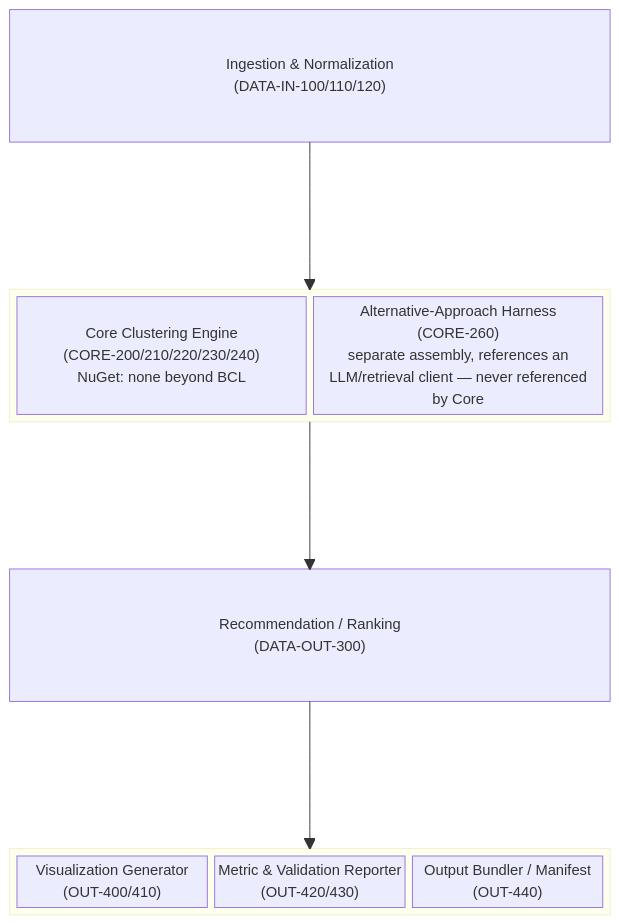
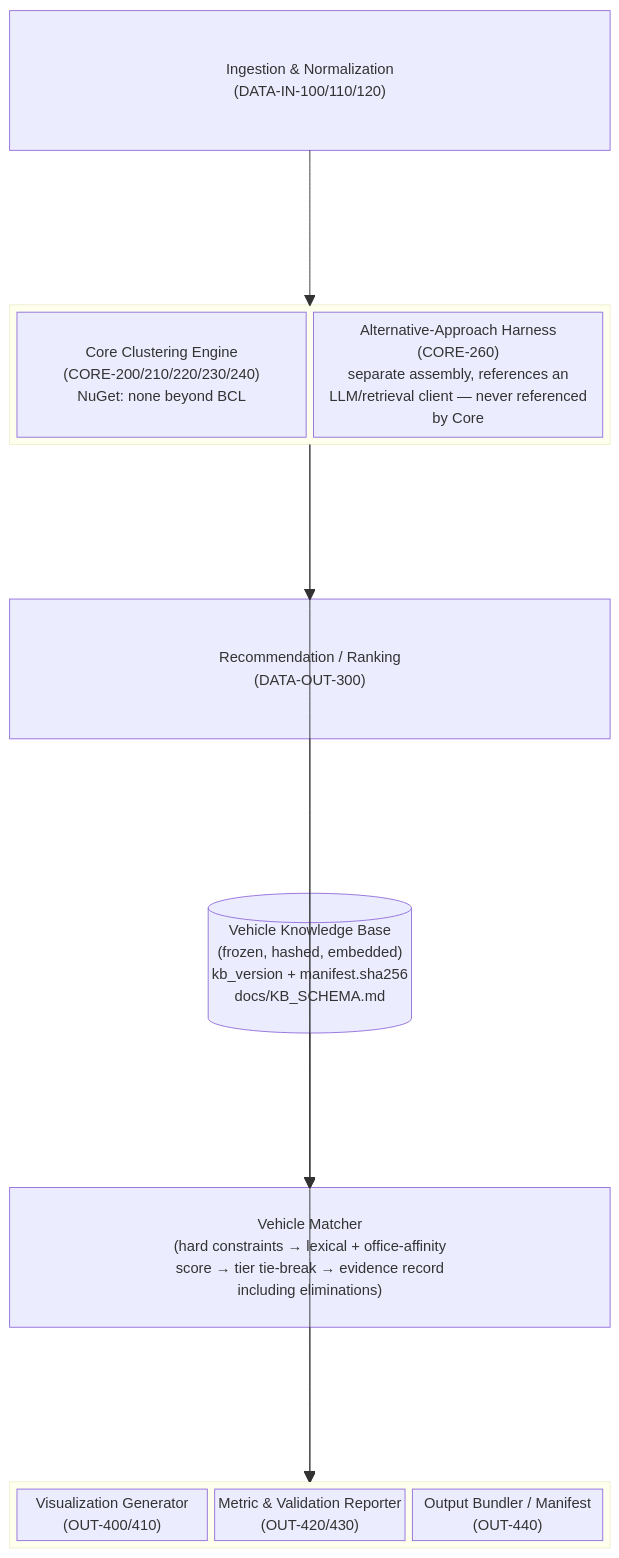
One commit to HoloSim-Interactive/NAADAP changed the first of 2 diagrams in docs/SDD.md. Above: the diagram before and after it, drawn with Mermaid. The commit also changed other lines of this file and 7 other files, not shown here.

````diff
--- a/docs/SDD.md
+++ b/docs/SDD.md
@@ -52,21 +52,28 @@
 ```mermaid
 block-beta
   columns 1
   Ingestion["Ingestion & Normalization\n(DATA-IN-100/110/120)"]
   space
   block:core
     Core["Core Clustering Engine\n(CORE-200/210/220/230/240)\nNuGet: none beyond BCL"]
     Alt["Alternative-Approach Harness\n(CORE-260)\nseparate assembly, references an\nLLM/retrieval client — never referenced\nby Core"]
   end
   space
   Recommend["Recommendation / Ranking\n(DATA-OUT-300)"]
   space
+  KB[("Vehicle Knowledge Base\n(frozen, hashed, embedded)\nkb_version + manifest.sha256\ndocs/KB_SCHEMA.md")]
+  space
+  Match["Vehicle Matcher\n(hard constraints → lexical + office-affinity\nscore → tier tie-break → evidence record\nincluding eliminations)"]
+  space
   block:outputs
     Viz["Visualization Generator\n(OUT-400/410)"]
     Metric["Metric & Validation Reporter\n(OUT-420/430)"]
     Bundle["Output Bundler / Manifest\n(OUT-440)"]
   end
   Ingestion --> core
   core --> Recommend
+  core --> Match
+  KB --> Match
   Recommend --> outputs
+  Match --> outputs
 ```
````
